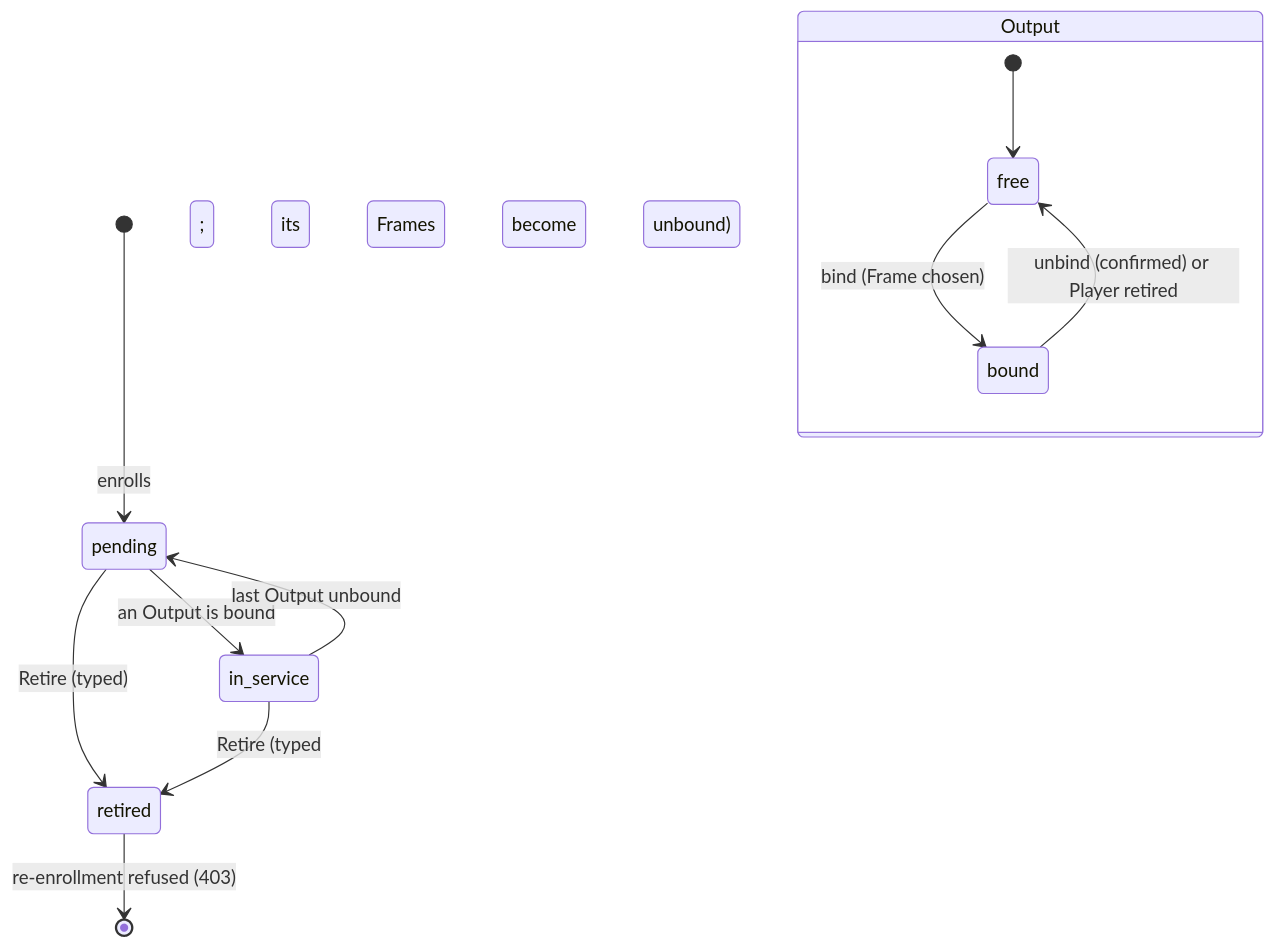
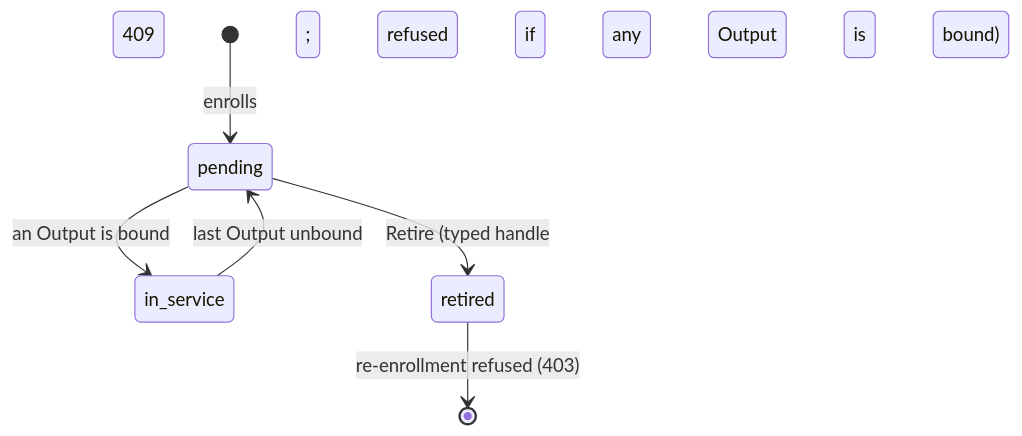
The second of 4 diagrams in docs/operator-console-ux-pass2-onboarding.md (mcurcio/photo-wall), drawn with Mermaid before and after one commit. The commit also changed other lines of this file, not shown here.

````diff
--- a/docs/operator-console-ux-pass2-onboarding.md
+++ b/docs/operator-console-ux-pass2-onboarding.md
@@ -67,14 +95,8 @@
 ```mermaid
 stateDiagram-v2
   [*] --> pending: enrolls
   pending --> in_service: an Output is bound
   in_service --> pending: last Output unbound
-  pending --> retired: Retire (typed)
-  in_service --> retired: Retire (typed; its Frames become unbound)
+  pending --> retired: Retire (typed handle; refused 409 if any Output is bound)
   retired --> [*]: re-enrollment refused (403)
-  state Output {
-    [*] --> free
-    free --> bound: bind (Frame chosen)
-    bound --> free: unbind (confirmed) or Player retired
-  }
 ```
````
